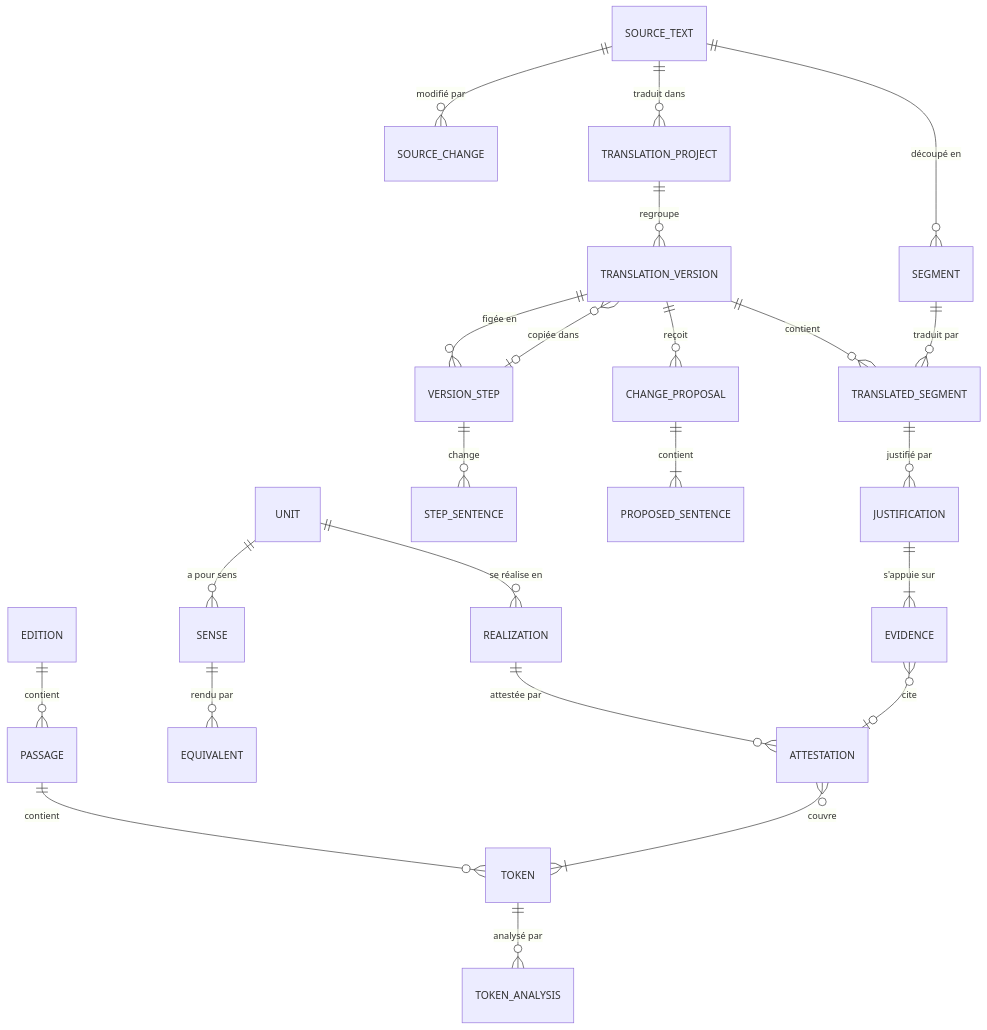
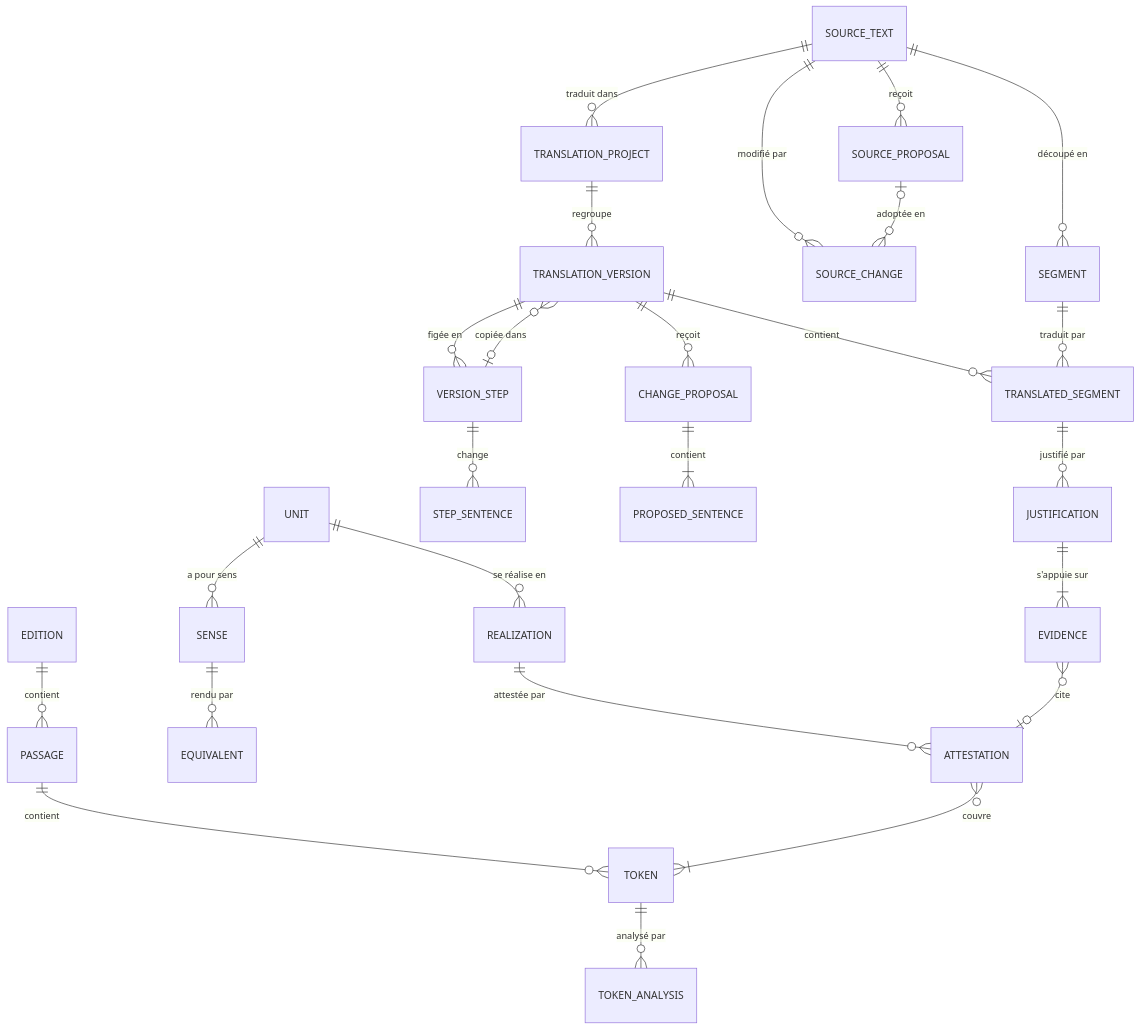
The diagram in docs/modele-de-donnees.md (jderet/phraseologie-latine), drawn with Mermaid before and after one commit. The commit also changed other lines of this file and 23 other files, not shown here.

````diff
--- a/docs/modele-de-donnees.md
+++ b/docs/modele-de-donnees.md
@@ -7,25 +7,27 @@
 ```mermaid
 erDiagram
   EDITION ||--o{ PASSAGE : contient
   PASSAGE ||--o{ TOKEN : contient
   TOKEN ||--o{ TOKEN_ANALYSIS : "analysé par"
   UNIT ||--o{ REALIZATION : "se réalise en"
   UNIT ||--o{ SENSE : "a pour sens"
   SENSE ||--o{ EQUIVALENT : "rendu par"
   REALIZATION ||--o{ ATTESTATION : "attestée par"
   ATTESTATION }o--|{ TOKEN : couvre
   SOURCE_TEXT ||--o{ SEGMENT : "découpé en"
   SOURCE_TEXT ||--o{ SOURCE_CHANGE : "modifié par"
+  SOURCE_TEXT ||--o{ SOURCE_PROPOSAL : "reçoit"
+  SOURCE_PROPOSAL |o--o{ SOURCE_CHANGE : "adoptée en"
   SOURCE_TEXT ||--o{ TRANSLATION_PROJECT : "traduit dans"
   TRANSLATION_PROJECT ||--o{ TRANSLATION_VERSION : regroupe
   TRANSLATION_VERSION ||--o{ TRANSLATED_SEGMENT : contient
   TRANSLATION_VERSION ||--o{ VERSION_STEP : "figée en"
   VERSION_STEP ||--o{ STEP_SENTENCE : "change"
   VERSION_STEP |o--o{ TRANSLATION_VERSION : "copiée dans"
   TRANSLATION_VERSION ||--o{ CHANGE_PROPOSAL : reçoit
   CHANGE_PROPOSAL ||--|{ PROPOSED_SENTENCE : contient
   SEGMENT ||--o{ TRANSLATED_SEGMENT : "traduit par"
   TRANSLATED_SEGMENT ||--o{ JUSTIFICATION : "justifié par"
   JUSTIFICATION ||--|{ EVIDENCE : "s'appuie sur"
   EVIDENCE }o--o| ATTESTATION : cite
 ```
````
